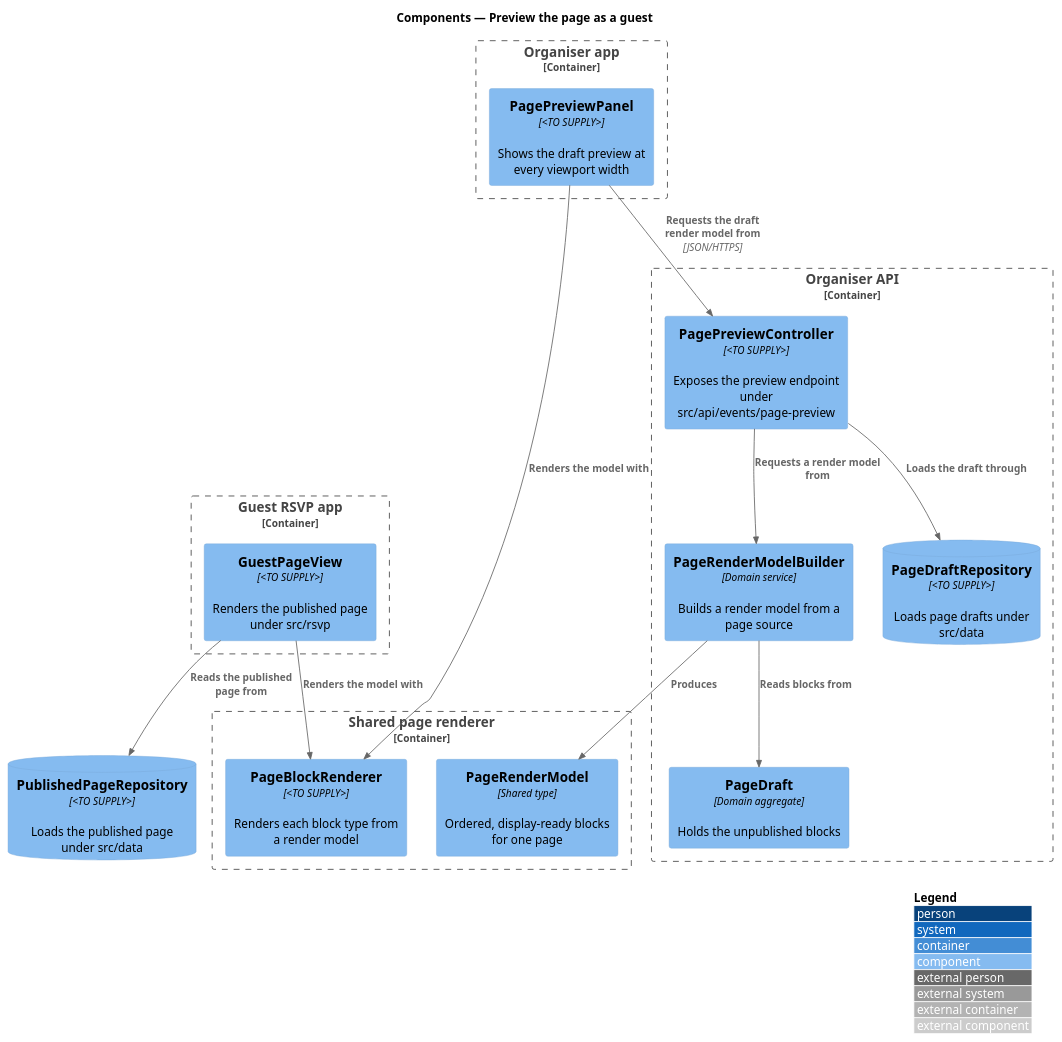
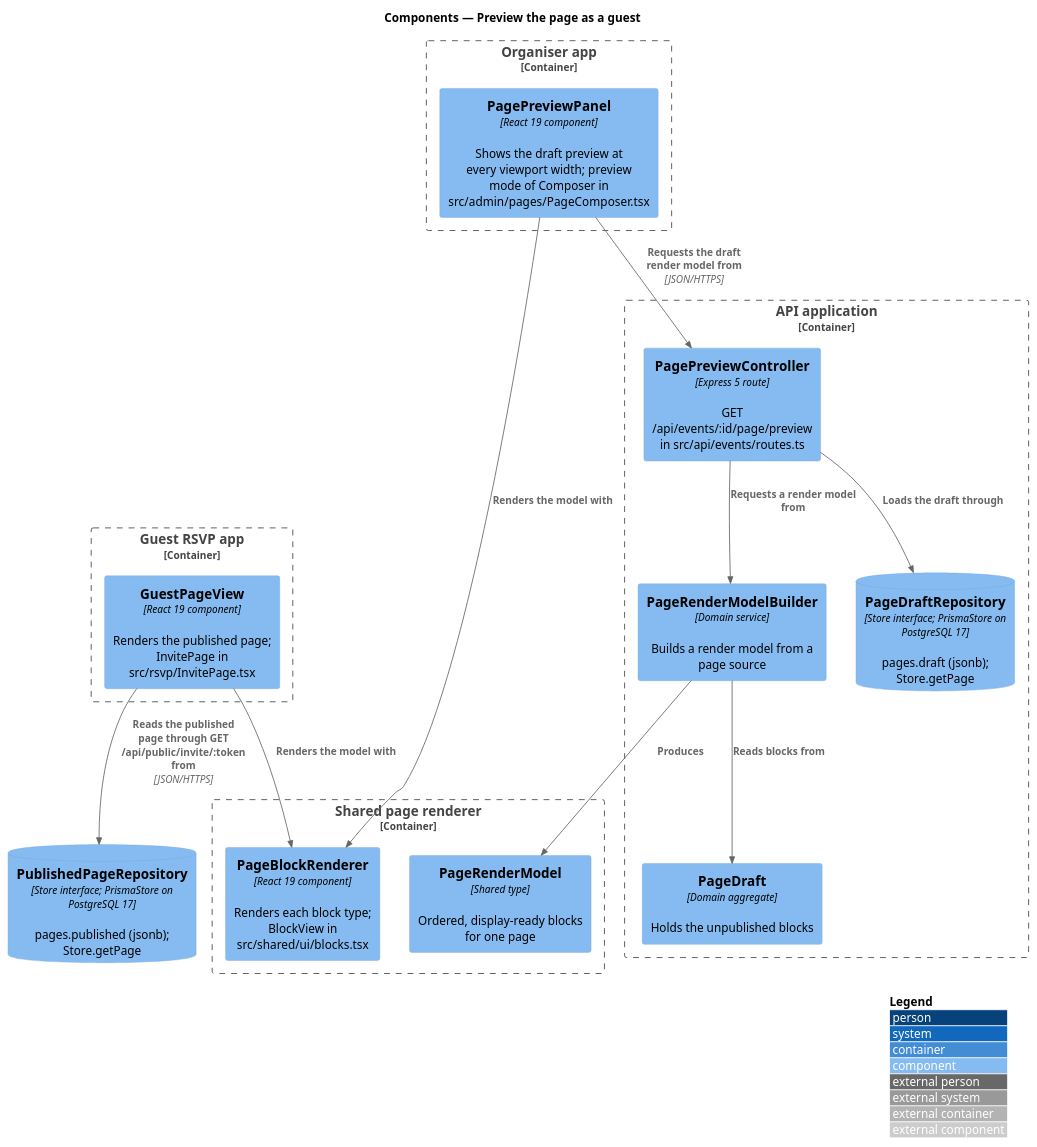
One commit to QuinntyneBrown/rsvp-cms changed the diagram in docs/detailed-designs/event-page/preview-guest-page/diagrams/c4-component.puml. Above: the diagram before and after it, drawn with PlantUML. The commit also changed 45 other files, not shown here.

Commit message:
Add design-system component pages and tokens.json, fill in technologies in design diagrams

```diff
--- a/docs/detailed-designs/event-page/preview-guest-page/diagrams/c4-component.puml
+++ b/docs/detailed-designs/event-page/preview-guest-page/diagrams/c4-component.puml
@@ -1,32 +1,32 @@
 @startuml
 !include <C4/C4_Component>
 LAYOUT_WITH_LEGEND()
 title Components — Preview the page as a guest
 
 Container_Boundary(admin, "Organiser app") {
-  Component(preview, "PagePreviewPanel", "<TO SUPPLY>", "Shows the draft preview at every viewport width")
+  Component(preview, "PagePreviewPanel", "React 19 component", "Shows the draft preview at every viewport width; preview mode of Composer in src/admin/pages/PageComposer.tsx")
 }
 Container_Boundary(shared, "Shared page renderer") {
-  Component(renderer, "PageBlockRenderer", "<TO SUPPLY>", "Renders each block type from a render model")
+  Component(renderer, "PageBlockRenderer", "React 19 component", "Renders each block type; BlockView in src/shared/ui/blocks.tsx")
   Component(model, "PageRenderModel", "Shared type", "Ordered, display-ready blocks for one page")
 }
-Container_Boundary(api, "Organiser API") {
-  Component(ctrl, "PagePreviewController", "<TO SUPPLY>", "Exposes the preview endpoint under src/api/events/page-preview")
+Container_Boundary(api, "API application") {
+  Component(ctrl, "PagePreviewController", "Express 5 route", "GET /api/events/:id/page/preview in src/api/events/routes.ts")
   Component(builder, "PageRenderModelBuilder", "Domain service", "Builds a render model from a page source")
   Component(draft, "PageDraft", "Domain aggregate", "Holds the unpublished blocks")
-  ComponentDb(drafts, "PageDraftRepository", "<TO SUPPLY>", "Loads page drafts under src/data")
+  ComponentDb(drafts, "PageDraftRepository", "Store interface; PrismaStore on PostgreSQL 17", "pages.draft (jsonb); Store.getPage")
 }
 Container_Boundary(rsvp, "Guest RSVP app") {
-  Component(guestPage, "GuestPageView", "<TO SUPPLY>", "Renders the published page under src/rsvp")
+  Component(guestPage, "GuestPageView", "React 19 component", "Renders the published page; InvitePage in src/rsvp/InvitePage.tsx")
 }
-ComponentDb(published, "PublishedPageRepository", "<TO SUPPLY>", "Loads the published page under src/data")
+ComponentDb(published, "PublishedPageRepository", "Store interface; PrismaStore on PostgreSQL 17", "pages.published (jsonb); Store.getPage")
 
 Rel(preview, ctrl, "Requests the draft render model from", "JSON/HTTPS")
 Rel(ctrl, builder, "Requests a render model from")
 Rel(builder, draft, "Reads blocks from")
 Rel(ctrl, drafts, "Loads the draft through")
 Rel(builder, model, "Produces")
 Rel(preview, renderer, "Renders the model with")
 Rel(guestPage, renderer, "Renders the model with")
-Rel(guestPage, published, "Reads the published page from")
+Rel(guestPage, published, "Reads the published page through GET /api/public/invite/:token from", "JSON/HTTPS")
 @enduml
```
